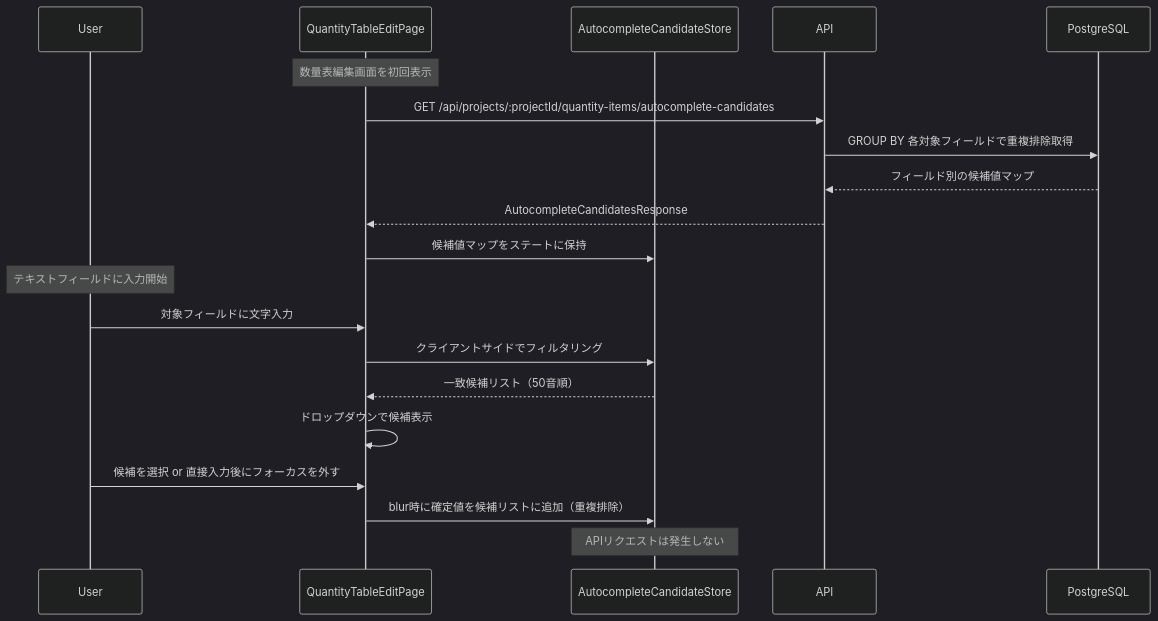
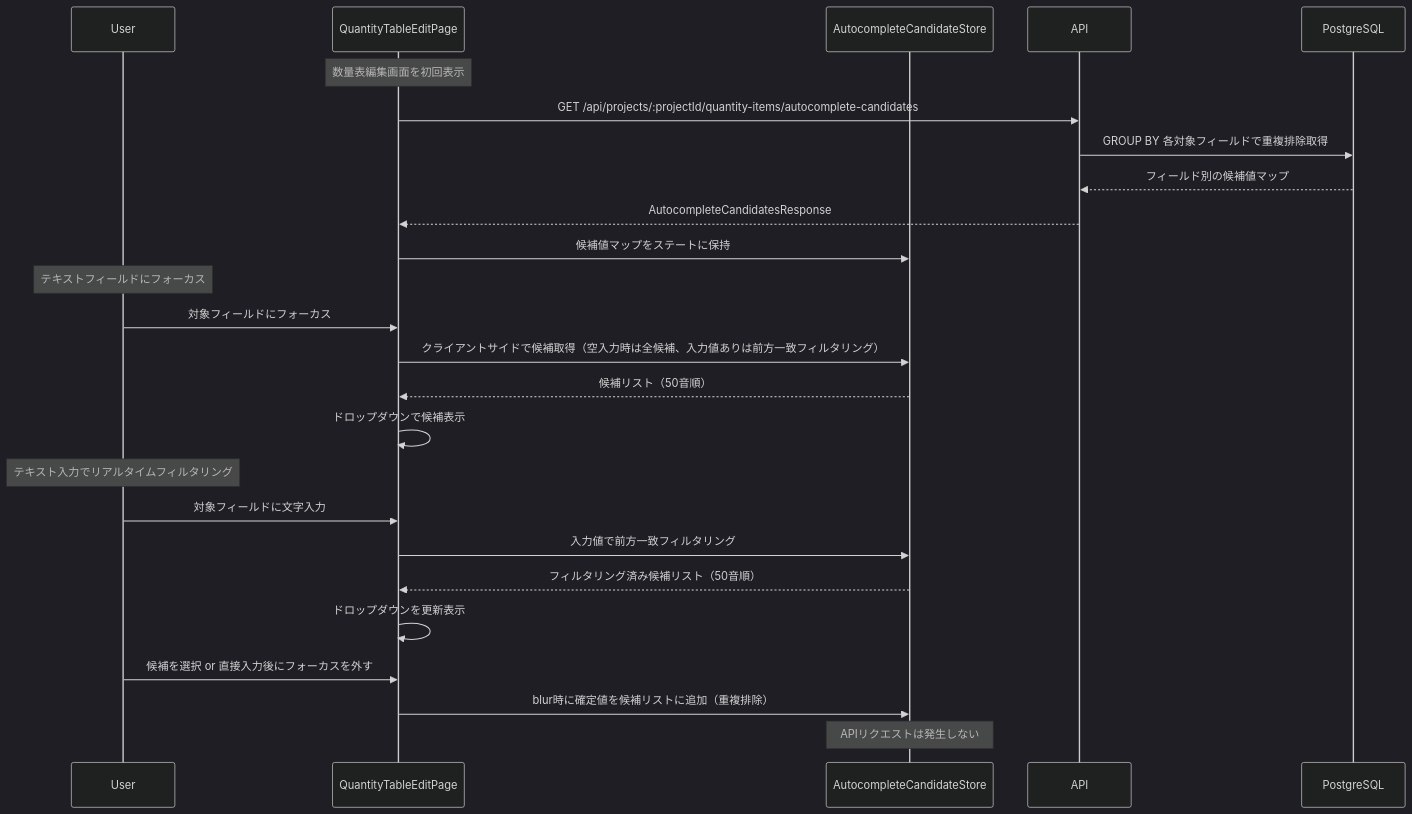
The fourth of 5 diagrams in .kiro/specs/quantity-table-generation/design.md (inakanou/ArchiTrack), drawn with Mermaid (dark theme) before and after one commit. The commit also changed other lines of this file and 8 other files, not shown here.

````diff
--- a/.kiro/specs/quantity-table-generation/design.md
+++ b/.kiro/specs/quantity-table-generation/design.md
@@ -192,25 +192,31 @@
 ```mermaid
 sequenceDiagram
     participant User
     participant QTE as QuantityTableEditPage
     participant ACS as AutocompleteCandidateStore
     participant API
     participant DB as PostgreSQL
 
     Note over QTE: 数量表編集画面を初回表示
     QTE->>API: GET /api/projects/:projectId/quantity-items/autocomplete-candidates
     API->>DB: GROUP BY 各対象フィールドで重複排除取得
     DB-->>API: フィールド別の候補値マップ
     API-->>QTE: AutocompleteCandidatesResponse
     QTE->>ACS: 候補値マップをステートに保持
 
-    Note over User: テキストフィールドに入力開始
+    Note over User: テキストフィールドにフォーカス
+    User->>QTE: 対象フィールドにフォーカス
+    QTE->>ACS: クライアントサイドで候補取得（空入力時は全候補、入力値ありは前方一致フィルタリング）
+    ACS-->>QTE: 候補リスト（50音順）
+    QTE->>QTE: ドロップダウンで候補表示
+
+    Note over User: テキスト入力でリアルタイムフィルタリング
     User->>QTE: 対象フィールドに文字入力
-    QTE->>ACS: クライアントサイドでフィルタリング
-    ACS-->>QTE: 一致候補リスト（50音順）
-    QTE->>QTE: ドロップダウンで候補表示
+    QTE->>ACS: 入力値で前方一致フィルタリング
+    ACS-->>QTE: フィルタリング済み候補リスト（50音順）
+    QTE->>QTE: ドロップダウンを更新表示
 
     User->>QTE: 候補を選択 or 直接入力後にフォーカスを外す
     QTE->>ACS: blur時に確定値を候補リストに追加（重複排除）
     Note over ACS: APIリクエストは発生しない
 ```
````
